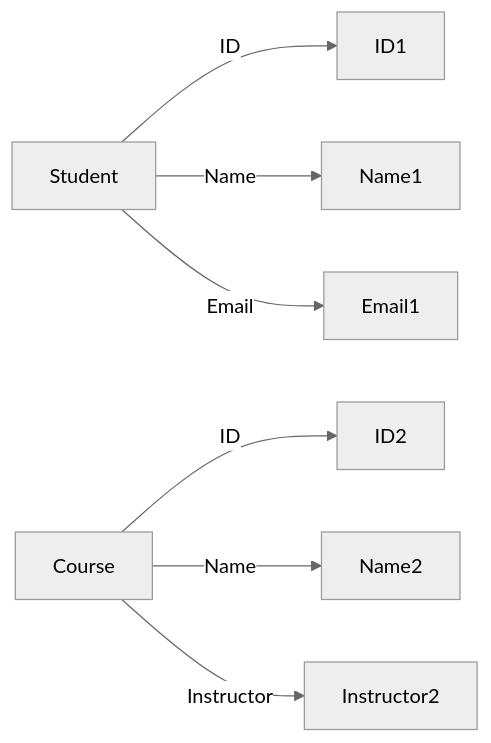
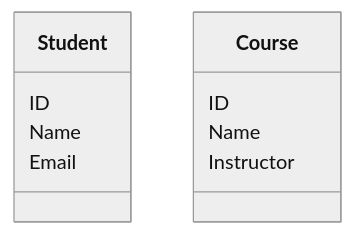
One commit to mosmn/Notes changed the second of 3 diagrams in sections/theo/dbf/data-modeling.md. Above: the diagram before and after it, drawn with Mermaid (neutral theme).

````diff
--- a/sections/theo/dbf/data-modeling.md
+++ b/sections/theo/dbf/data-modeling.md
@@ -244,11 +244,15 @@
 ```mermaid
-graph LR
-    Student[Student]
-    Course[Course]
-    Student -->|ID| ID1
-    Student -->|Name| Name1
-    Student -->|Email| Email1
-    Course -->|ID| ID2
-    Course -->|Name| Name2
-    Course -->|Instructor| Instructor2
+classDiagram
+    Student
+    class Student{
+        ID
+        Name
+        Email
+    }
+    Course
+    class Course{
+        ID
+        Name
+        Instructor
+    }
 ```
````
